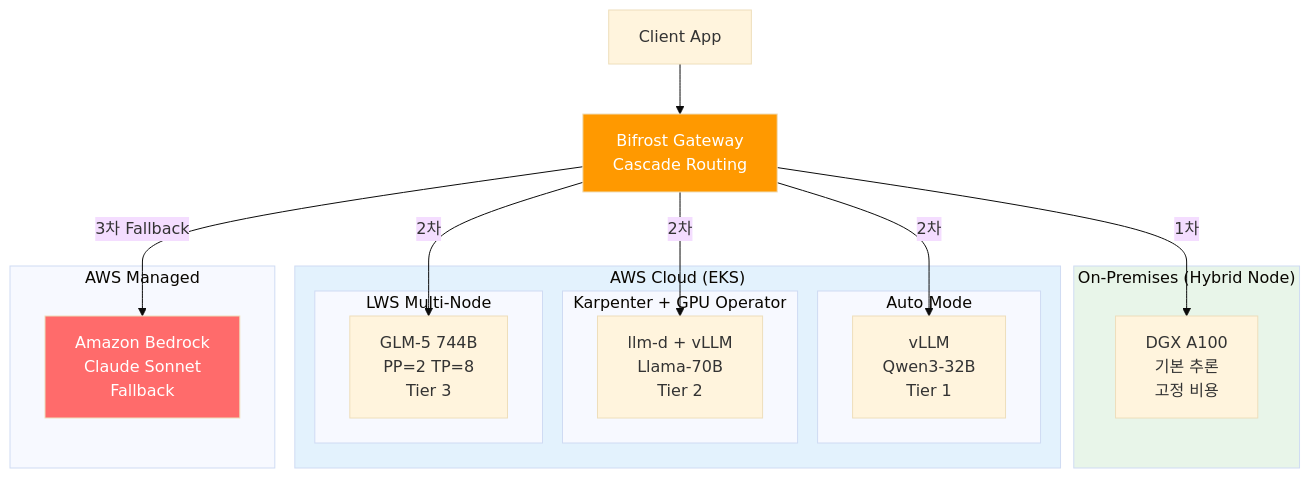
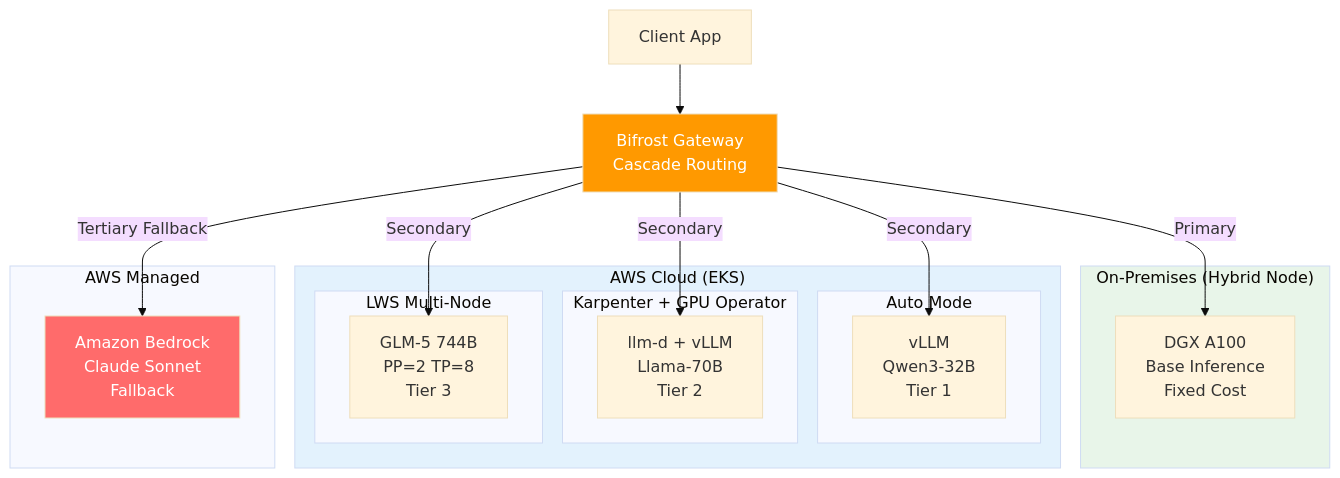
One commit to devfloor9/engineering-playbook changed the second of 2 diagrams in i18n/en/docusaurus-plugin-content-docs/current/agentic-ai-platform/model-serving/inference-optimization/index.md. Above: the diagram before and after it, drawn with Mermaid (base theme). The commit also changed other lines of this file and 72 other files, not shown here.

````diff
--- a/i18n/en/docusaurus-plugin-content-docs/current/agentic-ai-platform/model-serving/inference-optimization/index.md
+++ b/i18n/en/docusaurus-plugin-content-docs/current/agentic-ai-platform/model-serving/inference-optimization/index.md
@@ -162,35 +162,35 @@
 ```mermaid
 flowchart TB
     C[Client App] --> BF[Bifrost Gateway<br/>Cascade Routing]
 
     subgraph OnPrem["On-Premises (Hybrid Node)"]
-        HP[DGX A100<br/>기본 추론<br/>고정 비용]
+        HP[DGX A100<br/>Base Inference<br/>Fixed Cost]
     end
 
     subgraph Cloud["AWS Cloud (EKS)"]
         subgraph AutoMode["Auto Mode"]
             AM[vLLM<br/>Qwen3-32B<br/>Tier 1]
         end
         subgraph Karpenter["Karpenter + GPU Operator"]
             KP[llm-d + vLLM<br/>Llama-70B<br/>Tier 2]
         end
         subgraph LWS["LWS Multi-Node"]
             LW[GLM-5 744B<br/>PP=2 TP=8<br/>Tier 3]
         end
     end
 
     subgraph Managed["AWS Managed"]
         BR[Amazon Bedrock<br/>Claude Sonnet<br/>Fallback]
     end
 
-    BF -->|"1차"| HP
-    BF -->|"2차"| AM
-    BF -->|"2차"| KP
-    BF -->|"2차"| LW
-    BF -->|"3차 Fallback"| BR
+    BF -->|"Primary"| HP
+    BF -->|"Secondary"| AM
+    BF -->|"Secondary"| KP
+    BF -->|"Secondary"| LW
+    BF -->|"Tertiary Fallback"| BR
 
     style BF fill:#ff9900,color:#fff
     style OnPrem fill:#e8f5e9
     style Cloud fill:#e3f2fd
     style BR fill:#ff6b6b,color:#fff
 ```
````
